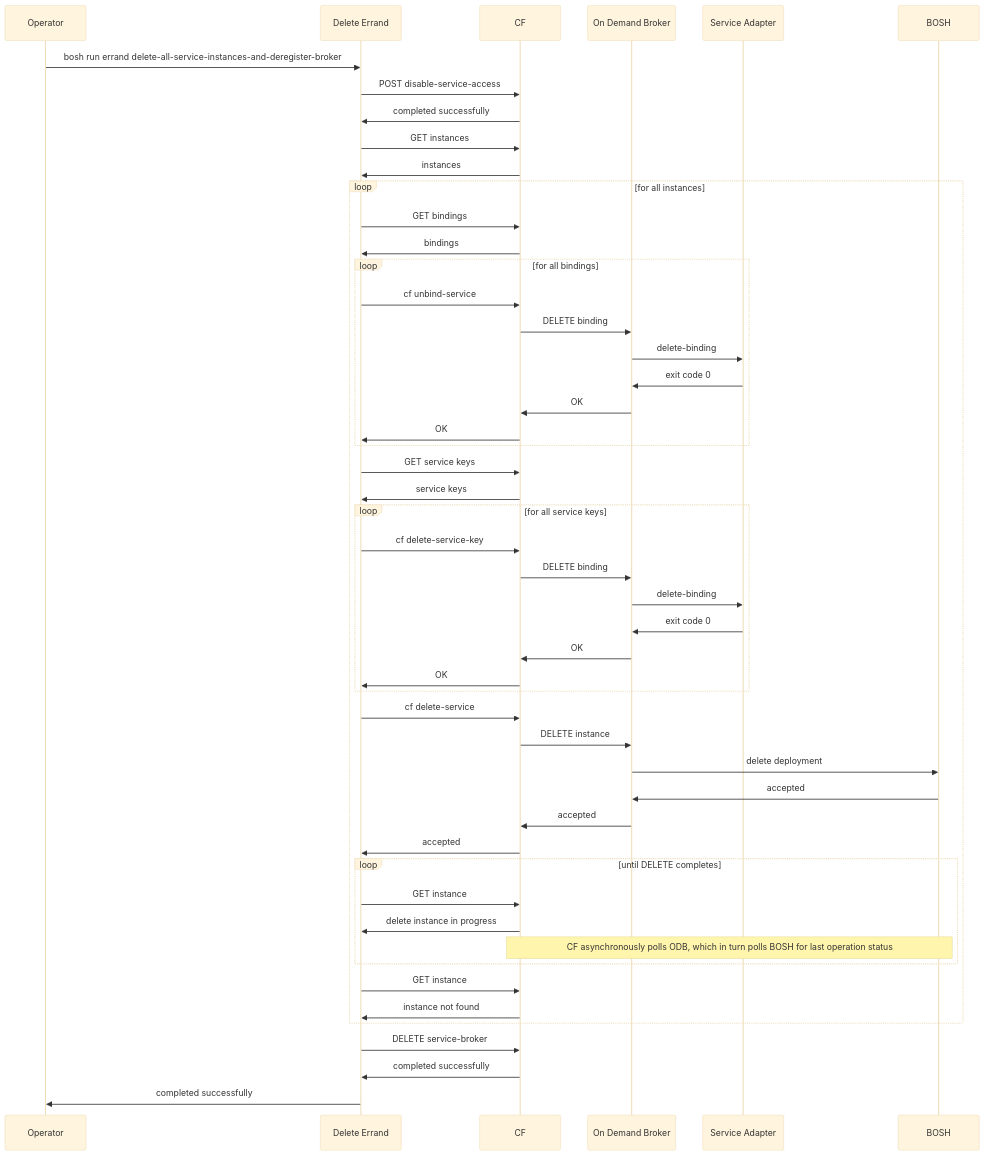
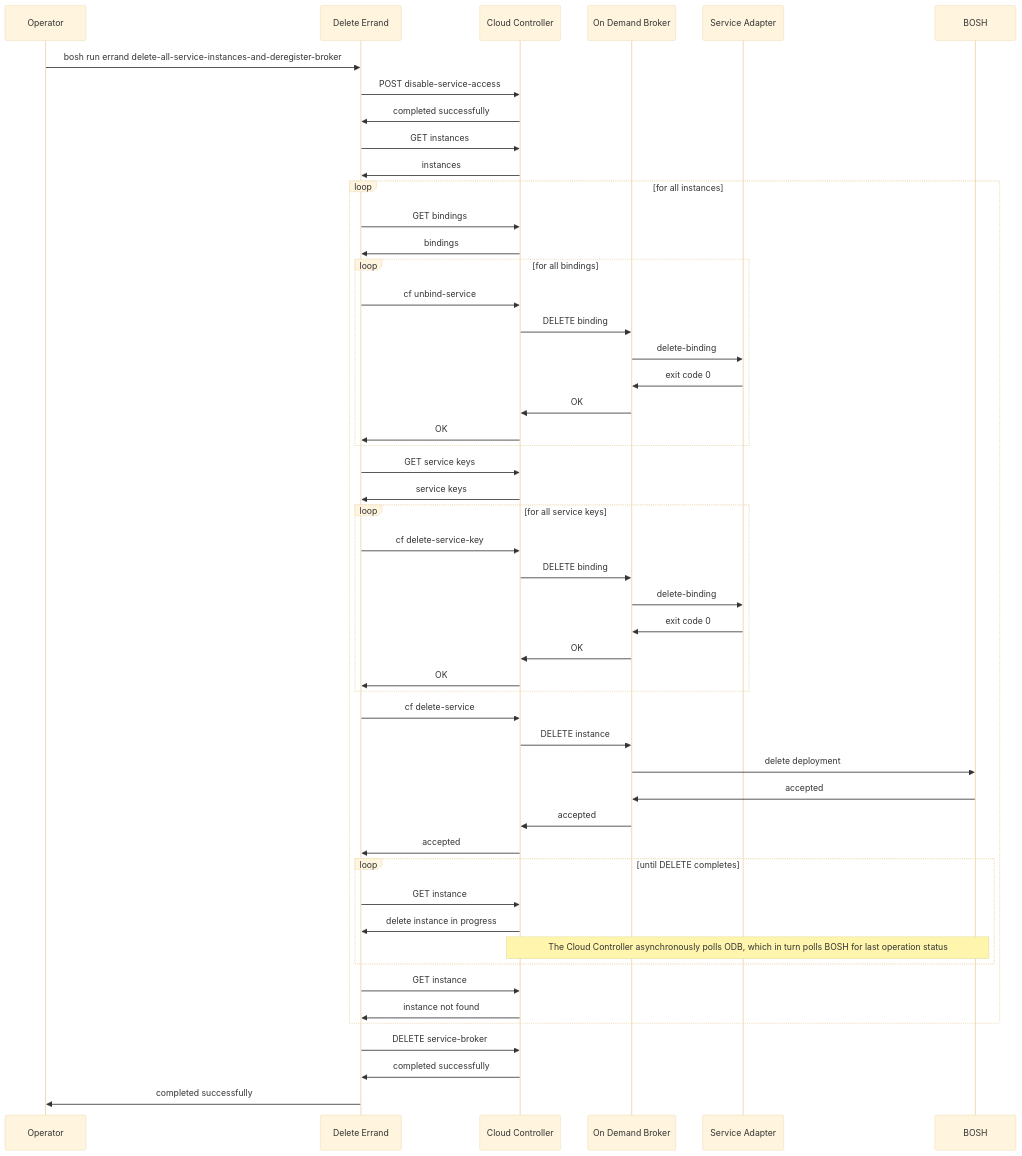
The diagram in mmd/delete_all_instances_and_deregister_broker_workflow.mmd (pivotal-cf/docs-on-demand-service-broker), drawn with Mermaid (base theme) before and after one commit. The commit also changed 7 other files, not shown here.

Commit message:
Standardise terms in mermaid diagrams [#162307186]

```diff
--- a/mmd/delete_all_instances_and_deregister_broker_workflow.mmd
+++ b/mmd/delete_all_instances_and_deregister_broker_workflow.mmd
@@ -1,46 +1,46 @@
 <div class="mermaid">
 sequenceDiagram
   Operator->>Delete Errand:bosh run errand delete-all-service-instances-and-deregister-broker
-  Delete Errand->>CF:POST disable-service-access
-  CF->>Delete Errand:completed successfully
-  Delete Errand->>CF:GET instances
-  CF->>Delete Errand:instances
+  Delete Errand->>Cloud Controller:POST disable-service-access
+  Cloud Controller->>Delete Errand:completed successfully
+  Delete Errand->>Cloud Controller:GET instances
+  Cloud Controller->>Delete Errand:instances
   loop for all instances
-    Delete Errand->>CF:GET bindings
-    CF->>Delete Errand:bindings
+    Delete Errand->>Cloud Controller:GET bindings
+    Cloud Controller->>Delete Errand:bindings
     loop for all bindings
-    Delete Errand->>CF:cf unbind-service
-      CF->>On Demand Broker: DELETE binding
+    Delete Errand->>Cloud Controller:cf unbind-service
+      Cloud Controller->>On Demand Broker: DELETE binding
       On Demand Broker->>Service Adapter:delete-binding
       Service Adapter->>On Demand Broker:exit code 0
-      On Demand Broker->>CF:OK
-      CF->>Delete Errand:OK
+      On Demand Broker->>Cloud Controller:OK
+      Cloud Controller->>Delete Errand:OK
     end
-    Delete Errand->>CF:GET service keys
-    CF->>Delete Errand:service keys
+    Delete Errand->>Cloud Controller:GET service keys
+    Cloud Controller->>Delete Errand:service keys
     loop for all service keys
-    Delete Errand->>CF:cf delete-service-key
-      CF->>On Demand Broker: DELETE binding
+    Delete Errand->>Cloud Controller:cf delete-service-key
+      Cloud Controller->>On Demand Broker: DELETE binding
       On Demand Broker->>Service Adapter:delete-binding
       Service Adapter->>On Demand Broker:exit code 0
-      On Demand Broker->>CF:OK
-      CF->>Delete Errand:OK
+      On Demand Broker->>Cloud Controller:OK
+      Cloud Controller->>Delete Errand:OK
     end
-    Delete Errand->>CF:cf delete-service
-    CF->>On Demand Broker:DELETE instance
+    Delete Errand->>Cloud Controller:cf delete-service
+    Cloud Controller->>On Demand Broker:DELETE instance
     On Demand Broker->>BOSH:delete deployment
     BOSH->>On Demand Broker:accepted
-    On Demand Broker->>CF:accepted
-    CF->>Delete Errand:accepted
+    On Demand Broker->>Cloud Controller:accepted
+    Cloud Controller->>Delete Errand:accepted
     loop until DELETE completes
-      Delete Errand->>CF:GET instance
-      CF->>Delete Errand:delete instance in progress
-      Note over CF,BOSH: CF asynchronously polls ODB, which in turn polls BOSH for last operation status
+      Delete Errand->>Cloud Controller:GET instance
+      Cloud Controller->>Delete Errand:delete instance in progress
+      Note over Cloud Controller,BOSH: The Cloud Controller asynchronously polls ODB, which in turn polls BOSH for last operation status
     end
-    Delete Errand->>CF:GET instance
-    CF->>Delete Errand:instance not found
+    Delete Errand->>Cloud Controller:GET instance
+    Cloud Controller->>Delete Errand:instance not found
   end
-  Delete Errand->>CF:DELETE service-broker
-  CF->>Delete Errand:completed successfully
+  Delete Errand->>Cloud Controller:DELETE service-broker
+  Cloud Controller->>Delete Errand:completed successfully
   Delete Errand->>Operator:completed successfully
 </div>
```
